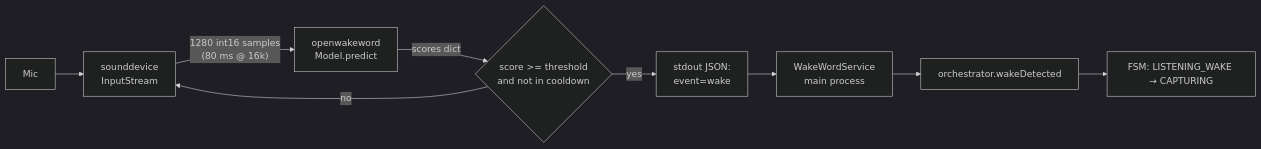
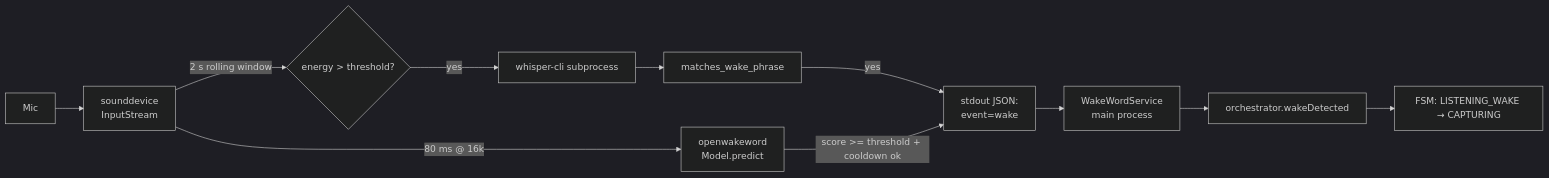
One commit to VivaldiCode/voice-gateway changed the first of 2 diagrams in docs/Wake-Word-Detection.md. Above: the diagram before and after it, drawn with Mermaid (dark theme). The commit also changed other lines of this file and 16 other files, not shown here.

First line of the commit message:
feat(wake): custom phrase mode + auto-installed venv + Testar button

````diff
--- a/docs/Wake-Word-Detection.md
+++ b/docs/Wake-Word-Detection.md
@@ -9,11 +15,13 @@
 ```mermaid
 flowchart LR
     Mic[Mic] --> Sd[sounddevice<br>InputStream]
-    Sd -- 1280 int16 samples<br>(80 ms @ 16k) --> OWW[openwakeword<br>Model.predict]
-    OWW -- scores dict --> Filter{score &gt;= threshold<br>and not in cooldown}
-    Filter -- yes --> Emit[stdout JSON:<br>event=wake]
-    Filter -- no --> Sd
+    Sd -- 80 ms @ 16k --> OWW[openwakeword<br>Model.predict]
+    Sd -- 2 s rolling window --> Gate{energy &gt; threshold?}
+    Gate -- yes --> Whisper[whisper-cli subprocess]
+    Whisper --> Match[matches_wake_phrase]
+    Match -- yes --> Emit
+    OWW -- score &gt;= threshold + cooldown ok --> Emit[stdout JSON:<br>event=wake]
     Emit --> WS[WakeWordService<br>main process]
     WS --> Orch[orchestrator.wakeDetected]
     Orch --> FSM[FSM: LISTENING_WAKE → CAPTURING]
 ```
````
